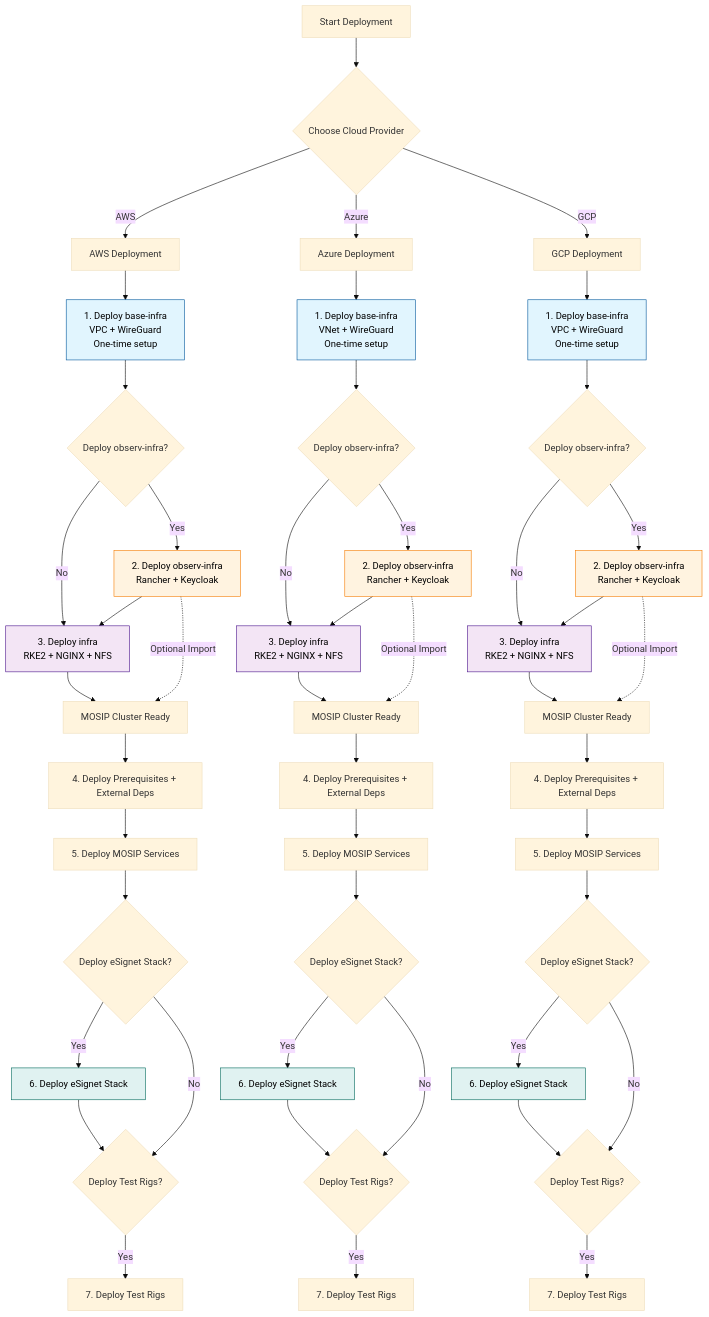
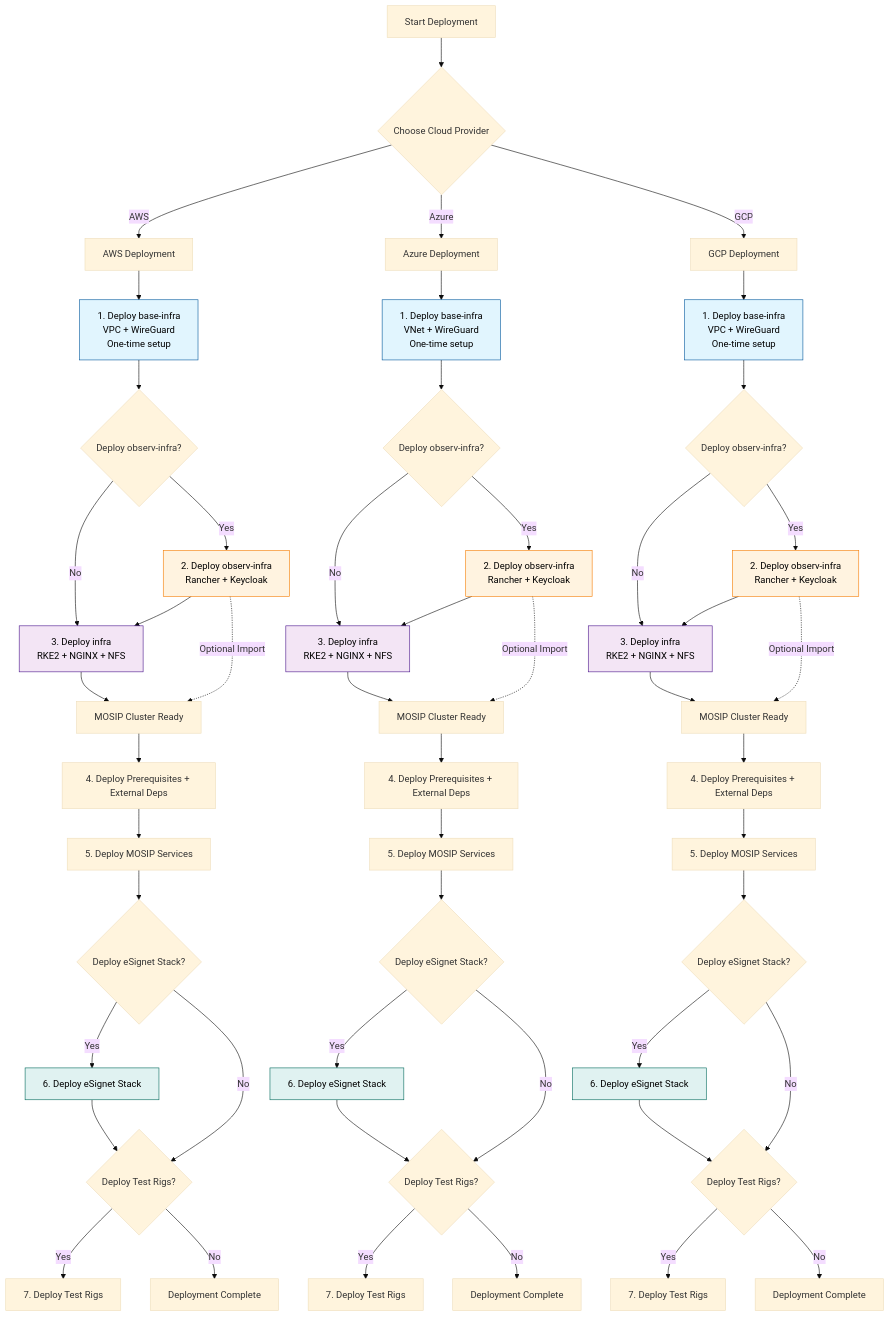
The first of 2 diagrams in docs/_images/ARCHITECTURE_DIAGRAMS.md (mosip/infra), drawn with Mermaid (base theme) before and after one commit.

Commit message:
Add deployment completion nodes to architecture diagram

````diff
--- a/docs/_images/ARCHITECTURE_DIAGRAMS.md
+++ b/docs/_images/ARCHITECTURE_DIAGRAMS.md
@@ -7,72 +7,75 @@
 ```mermaid
 graph TD
  A[Start Deployment] --> B{Choose Cloud Provider}
  B -->|AWS| C[AWS Deployment]
  B -->|Azure| D[Azure Deployment] 
  B -->|GCP| E[GCP Deployment]
  
  C --> F[1. Deploy base-infra<br/>VPC + WireGuard<br/>One-time setup]
  D --> G[1. Deploy base-infra<br/>VNet + WireGuard<br/>One-time setup]
  E --> H[1. Deploy base-infra<br/>VPC + WireGuard<br/>One-time setup]
  
  F --> I{Deploy observ-infra?}
  G --> J{Deploy observ-infra?}
  H --> K{Deploy observ-infra?}
  
  I -->|Yes| L[2. Deploy observ-infra<br/>Rancher + Keycloak]
  I -->|No| M[3. Deploy infra<br/>RKE2 + NGINX + NFS]
  J -->|Yes| N[2. Deploy observ-infra<br/>Rancher + Keycloak]
  J -->|No| O[3. Deploy infra<br/>RKE2 + NGINX + NFS]
  K -->|Yes| P[2. Deploy observ-infra<br/>Rancher + Keycloak]
  K -->|No| Q[3. Deploy infra<br/>RKE2 + NGINX + NFS]
  
  L --> M
  N --> O
  P --> Q
  
  M --> R[MOSIP Cluster Ready]
  O --> S[MOSIP Cluster Ready]
  Q --> T[MOSIP Cluster Ready]
  
  L -.->|Optional Import| R
  N -.->|Optional Import| S
  P -.->|Optional Import| T
  
  R --> R1[4. Deploy Prerequisites + External Deps]
  S --> S1[4. Deploy Prerequisites + External Deps]
  T --> T1[4. Deploy Prerequisites + External Deps]
  
  R1 --> R2[5. Deploy MOSIP Services]
  S1 --> S2[5. Deploy MOSIP Services]
  T1 --> T2[5. Deploy MOSIP Services]
  
  R2 --> RE{Deploy eSignet Stack?}
  S2 --> SE{Deploy eSignet Stack?}
  T2 --> TE{Deploy eSignet Stack?}
  RE -->|Yes| R3[6. Deploy eSignet Stack]
  SE -->|Yes| S3[6. Deploy eSignet Stack]
  TE -->|Yes| T3[6. Deploy eSignet Stack]
  
  R3 --> RT{Deploy Test Rigs?}
  S3 --> ST{Deploy Test Rigs?}
  T3 --> TT{Deploy Test Rigs?}
  RE -->|No| RT
  SE -->|No| ST
  TE -->|No| TT
  RT -->|Yes| R4[7. Deploy Test Rigs]
  ST -->|Yes| S4[7. Deploy Test Rigs]
  TT -->|Yes| T4[7. Deploy Test Rigs]
+ RT -->|No| R_Done[Deployment Complete]
+ ST -->|No| S_Done[Deployment Complete]
+ TT -->|No| T_Done[Deployment Complete]
  
  style F fill:#e1f5fe,stroke:#01579b,color:#000000
  style G fill:#e1f5fe,stroke:#01579b,color:#000000
  style H fill:#e1f5fe,stroke:#01579b,color:#000000
  style L fill:#fff3e0,stroke:#f57c00,color:#000000
  style N fill:#fff3e0,stroke:#f57c00,color:#000000
  style P fill:#fff3e0,stroke:#f57c00,color:#000000
  style M fill:#f3e5f5,stroke:#4a148c,color:#000000
  style O fill:#f3e5f5,stroke:#4a148c,color:#000000
  style Q fill:#f3e5f5,stroke:#4a148c,color:#000000
  style R3 fill:#e0f2f1,stroke:#00695c,color:#000000
  style S3 fill:#e0f2f1,stroke:#00695c,color:#000000
  style T3 fill:#e0f2f1,stroke:#00695c,color:#000000
 ```
````
